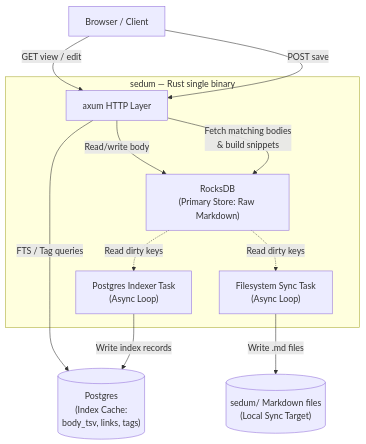
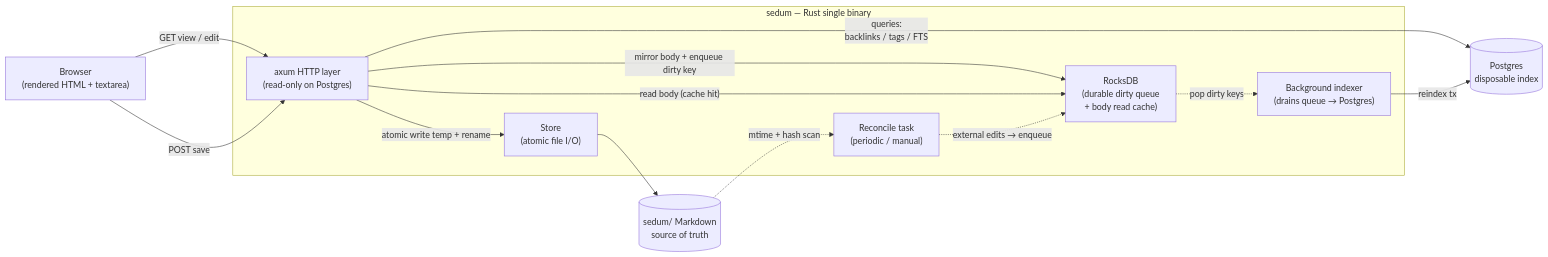
The first of 5 diagrams in docs/dataflow_v2.md (azusachino/sedum), drawn with Mermaid before and after one commit. The commit also changed other lines of this file and 1 other file, not shown here.

````diff
--- a/docs/dataflow_v2.md
+++ b/docs/dataflow_v2.md
@@ -11,27 +41,27 @@
 ```mermaid
-flowchart TD
-    Browser["Browser / Client"]
+flowchart LR
+  Browser["Browser<br/>(rendered HTML + textarea)"]
 
-    subgraph Server["sedum — Rust single binary"]
-        HTTP["axum HTTP Layer"]
-        Rocks["RocksDB\n(Primary Store: Raw Markdown)"]
-        IndexerTask["Postgres Indexer Task\n(Async Loop)"]
-        FileSyncTask["Filesystem Sync Task\n(Async Loop)"]
-    end
+  subgraph Server["sedum — Rust single binary"]
+    HTTP["axum HTTP layer<br/>(read-only on Postgres)"]
+    Store["Store<br/>(atomic file I/O)"]
+    Rocks["RocksDB<br/>(durable dirty queue<br/>+ body read cache)"]
+    Indexer["Background indexer<br/>(drains queue → Postgres)"]
+    Reconcile["Reconcile task<br/>(periodic / manual)"]
+  end
 
-    PG[("Postgres\n(Index Cache:\nbody_tsv, links, tags)")]
-    FS[("sedum/ Markdown files\n(Local Sync Target)")]
+  FS[("sedum/ Markdown<br/>source of truth")]
+  PG[("Postgres<br/>disposable index")]
 
-    Browser -->|"GET view / edit"| HTTP
-    Browser -->|"POST save"| HTTP
-    HTTP -->|"Read/write body"| Rocks
-
-    HTTP -->|"FTS / Tag queries"| PG
-    HTTP -->|"Fetch matching bodies\n& build snippets"| Rocks
-
-    Rocks -.->|"Read dirty keys"| IndexerTask
-    IndexerTask -->|"Write index records"| PG
-
-    Rocks -.->|"Read dirty keys"| FileSyncTask
-    FileSyncTask -->|"Write .md files"| FS
+  Browser -->|"GET view / edit"| HTTP
+  Browser -->|"POST save"| HTTP
+  HTTP -->|"atomic write temp + rename"| Store
+  Store --> FS
+  HTTP -->|"mirror body + enqueue dirty key"| Rocks
+  HTTP -->|"read body (cache hit)"| Rocks
+  HTTP -->|"queries:<br/>backlinks / tags / FTS"| PG
+  Rocks -.->|"pop dirty keys"| Indexer
+  Indexer -->|"reindex tx"| PG
+  FS -.->|"mtime + hash scan"| Reconcile
+  Reconcile -.->|"external edits → enqueue"| Rocks
 ```
````
